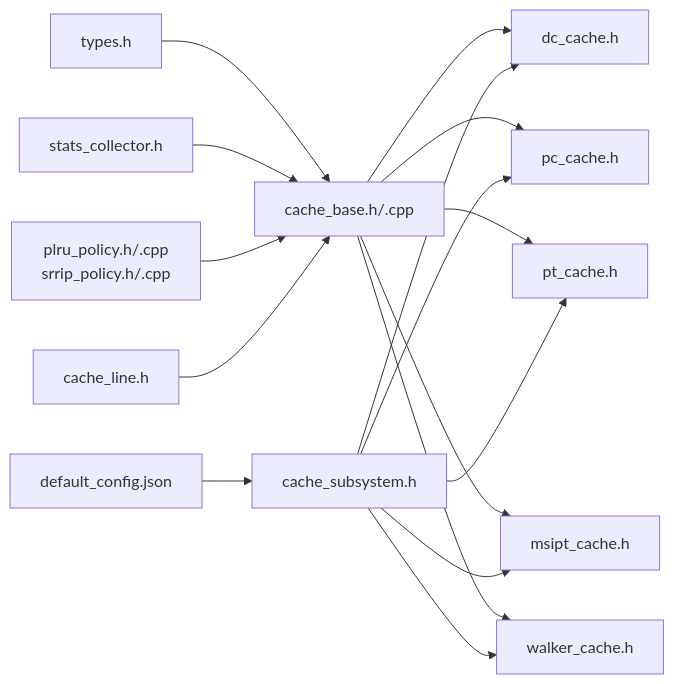
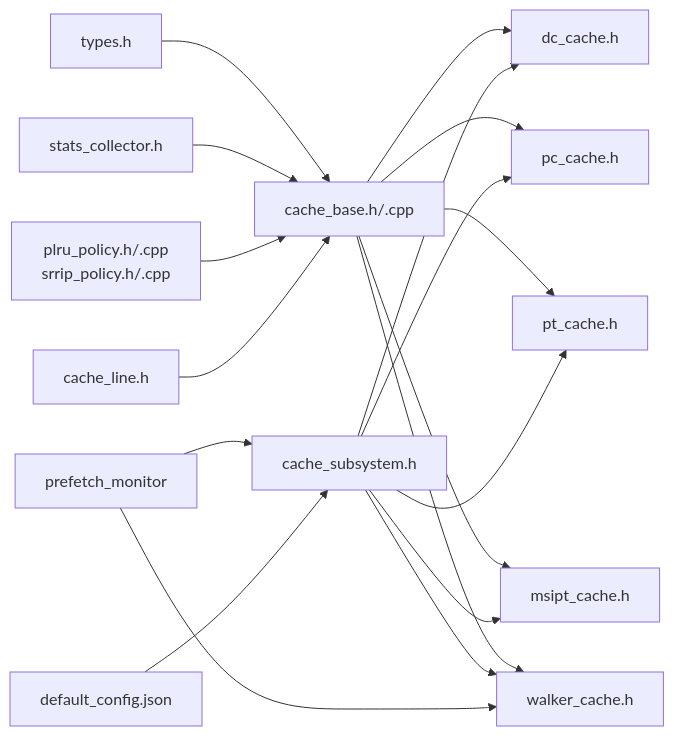
Diagram 11 of 11 in .qoder/repowiki/zh/content/缓存系统/缓存系统.md (jiangjiang1122/iommu_model_20260401_v1), drawn with Mermaid before and after one commit. The commit also changed other lines of this file and 21 other files, not shown here.

````diff
--- a/.qoder/repowiki/zh/content/缓存系统/缓存系统.md
+++ b/.qoder/repowiki/zh/content/缓存系统/缓存系统.md
@@ -377,18 +488,20 @@
 ```mermaid
 graph LR
 Types["types.h"] --> Base["cache_base.h/.cpp"]
 Stats["stats_collector.h"] --> Base
 REPL["plru_policy.h/.cpp<br/>srrip_policy.h/.cpp"] --> Base
 Line["cache_line.h"] --> Base
 Base --> DC["dc_cache.h"]
 Base --> PC["pc_cache.h"]
 Base --> PT["pt_cache.h"]
 Base --> MSI["msipt_cache.h"]
 Base --> WC["walker_cache.h"]
 CS["cache_subsystem.h"] --> DC
 CS --> PC
 CS --> PT
 CS --> MSI
 CS --> WC
+PM["prefetch_monitor"] --> CS
+PM --> WC
 CFG["default_config.json"] --> CS
 ```
````
